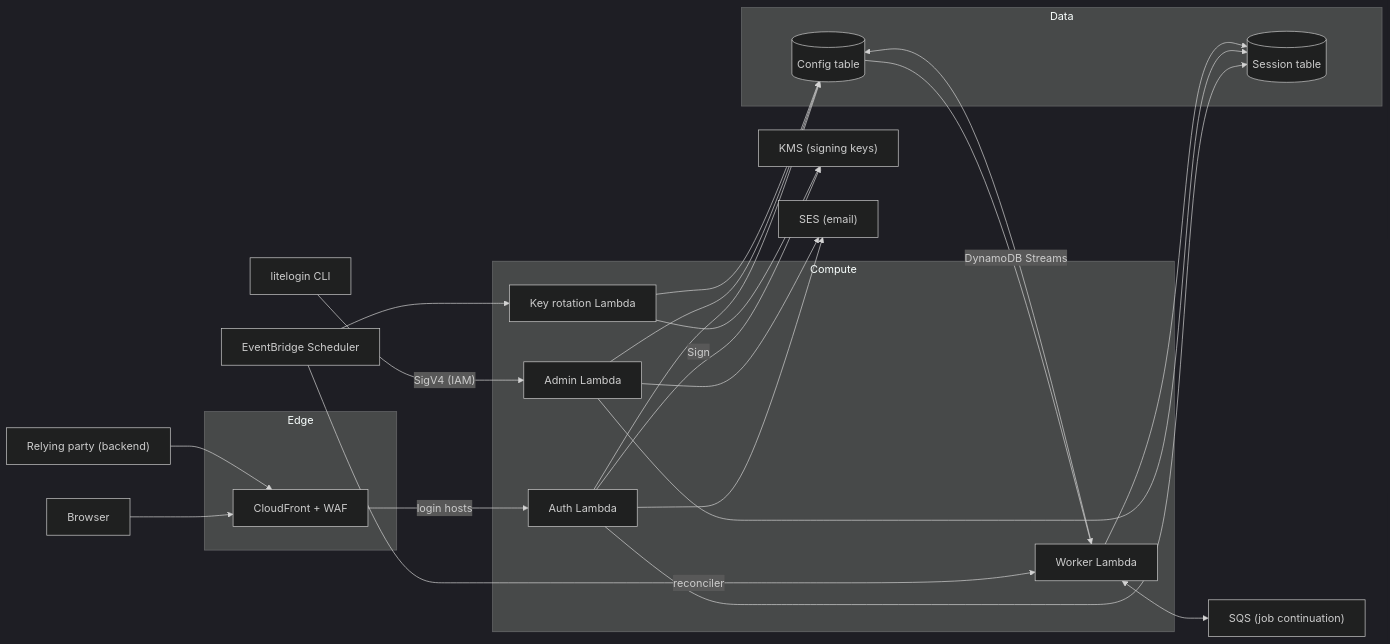
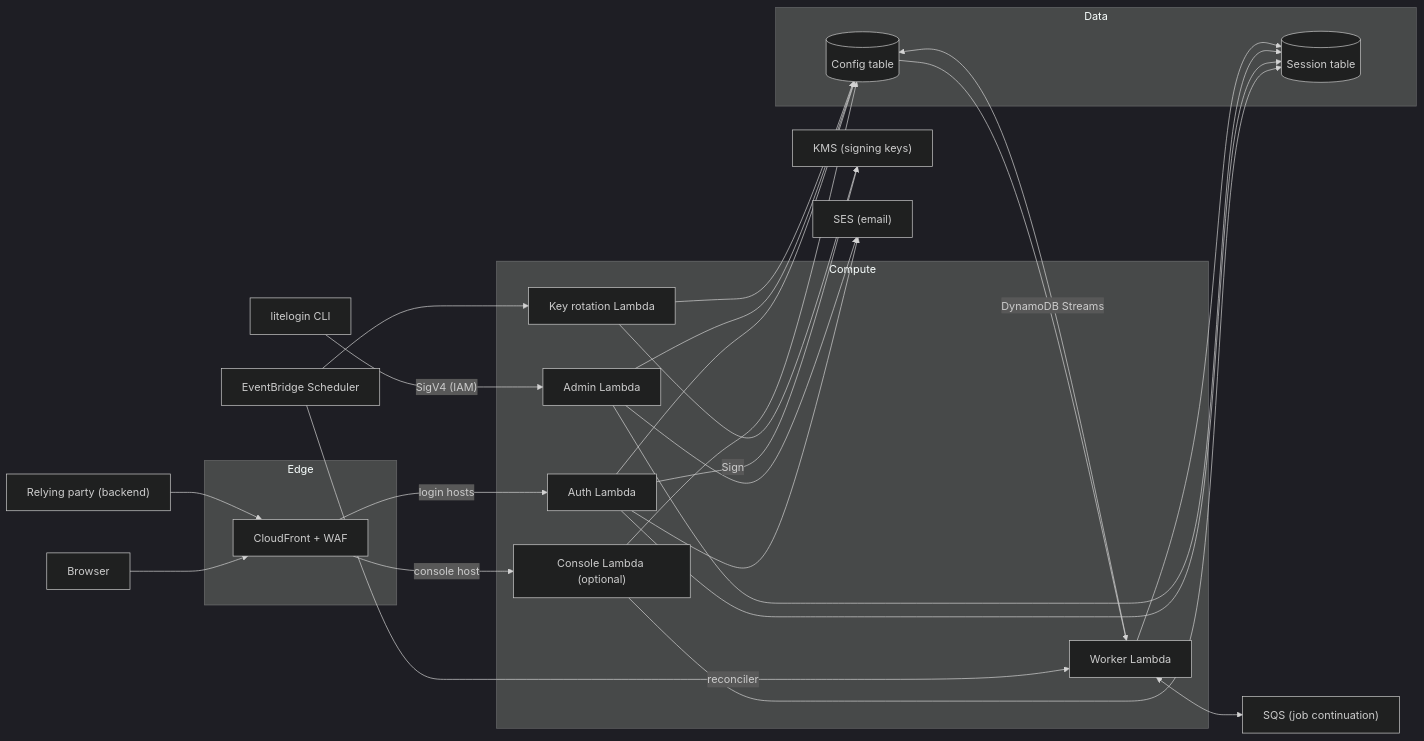
The diagram in Architecture.md (litelogin/litelogin), drawn with Mermaid (dark theme) before and after one commit. The commit also changed other lines of this file and 30 other files, not shown here.

````diff
--- a/Architecture.md
+++ b/Architecture.md
@@ -20,51 +20,55 @@
 ```mermaid
 flowchart LR
     Browser["Browser"]
     RP["Relying party (backend)"]
     CLI["litelogin CLI"]
 
     subgraph Edge
         CF["CloudFront + WAF"]
     end
 
     subgraph Compute
         AuthFn["Auth Lambda"]
         AdminFn["Admin Lambda"]
         Worker["Worker Lambda"]
         Rotate["Key rotation Lambda"]
+        ConsoleFn["Console Lambda (optional)"]
     end
 
     subgraph Data
         Config[("Config table")]
         Session[("Session table")]
     end
 
     KMS["KMS (signing keys)"]
     SES["SES (email)"]
     SQS["SQS (job continuation)"]
     Sched["EventBridge Scheduler"]
 
     Browser --> CF
     RP --> CF
     CF -->|"login hosts"| AuthFn
+    CF -->|"console host"| ConsoleFn
+    ConsoleFn --> Config
+    ConsoleFn --> Session
 
     AuthFn --> Config
     AuthFn --> Session
     AuthFn -->|"Sign"| KMS
     AuthFn --> SES
 
     CLI -->|"SigV4 (IAM)"| AdminFn
     AdminFn --> Config
     AdminFn --> Session
     AdminFn --> SES
 
     Config -->|"DynamoDB Streams"| Worker
     Worker <--> SQS
     Worker --> Config
     Worker --> Session
 
     Sched -->|"reconciler"| Worker
     Sched --> Rotate
     Rotate --> KMS
     Rotate --> Config
 ```
````
